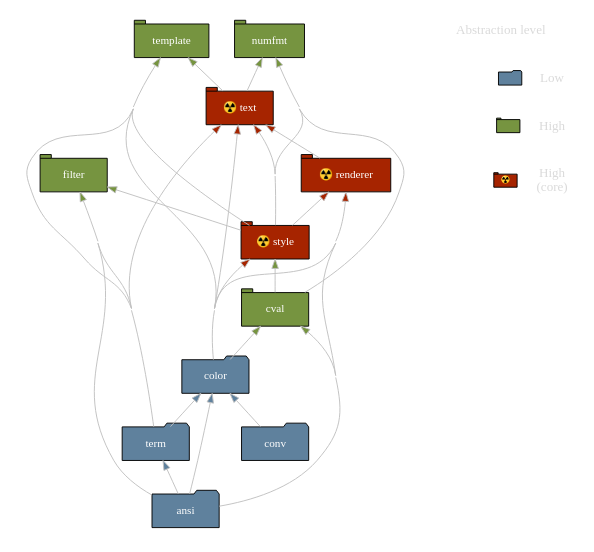
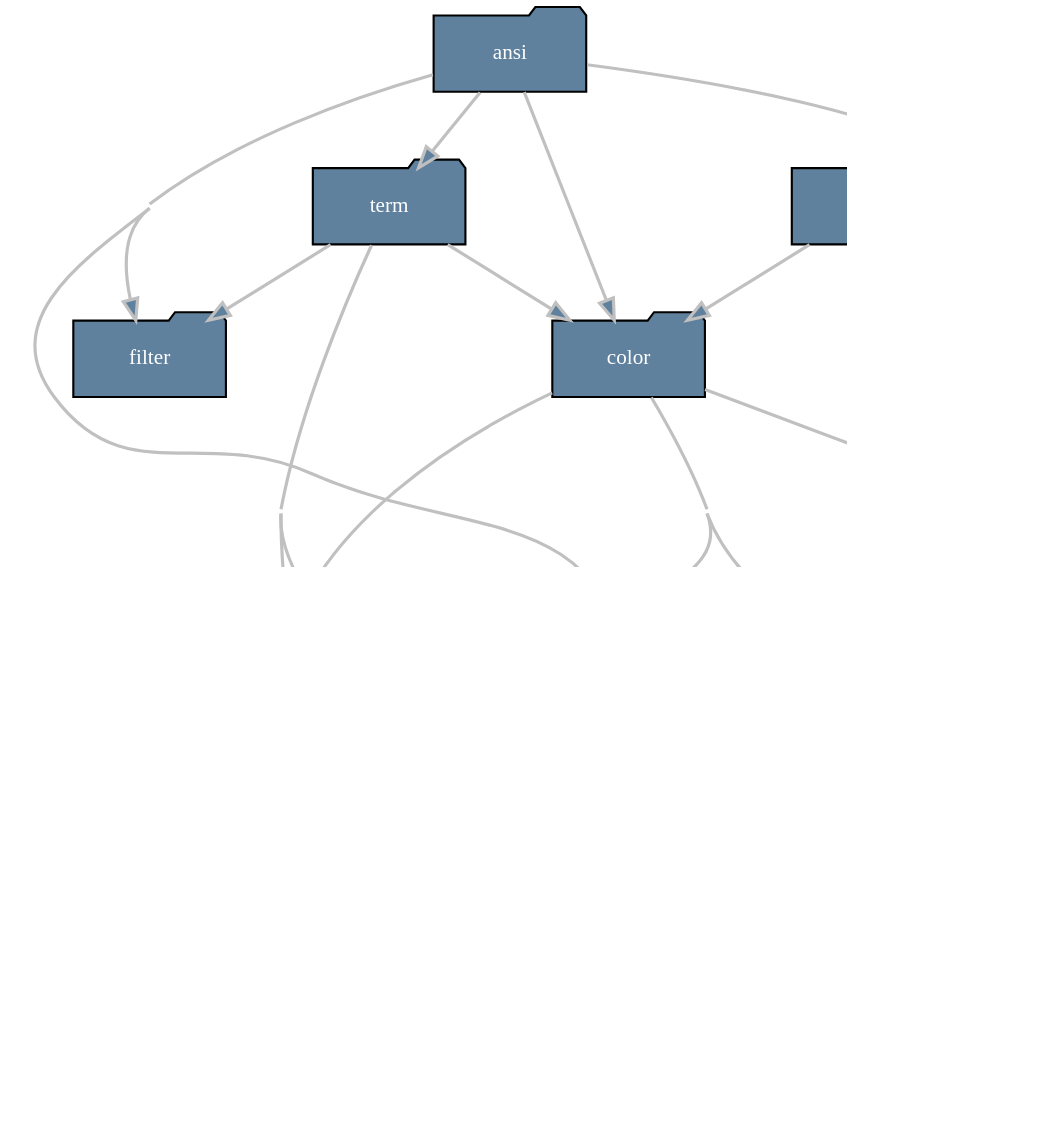
Before and after one commit to delameter/pytermor: the diagram in docs/_generated/module-dark.dot, drawn with Graphviz. The commit also changed 68 other files, not shown here.

```diff
--- a/docs/_generated/module-dark.dot
+++ b/docs/_generated/module-dark.dot
@@ -1,74 +1,62 @@
 # placeholders:
 #   %s (nodes and edges)
+#   4
 #   #C0C0C0
 #   #dadada
 
 digraph G {
-    pad = 0.25;
+    dpi = 150;
     concentrate = true;
-    ranksep = .5;
-    pack = 1;
-    rankdir = BT;
+    rankdir = TB;
+    #TBbalance = min;
+    ratio=fill;
+    size="4";
 
-    node [style="filled",fontname="ProFont for Powerline",margin="0.2,0.0",fontsize=12,shape=folder,width=1.0,height=.5];
-    edge [color="#C0C0C0"];
+    node [
+        style="filled",
+        fontname="Literal Bold",
+        margin="0.2,0.0",
+        fontsize=10,
+        width=1.0,
+        height=.5,
+    ];
+    edge [
+        color="#C0C0C0",
+        penwidth=1.5,
+    ];
 
-    subgraph legend {
-        node [fontsize=14,fontcolor="#dadada"];
-        edge [style="invis"];
-
-        legend_title [shape=plain,fillcolor="none",label="Abstraction level"];
-
-        legend_low [shape=plain,fillcolor="none",label="Low"];
-        legend_high [shape=plain,fillcolor="none",label="High"];
-        legend_core [label="High\n(core)",shape=plain,fillcolor=none];
-        icon_low [shape=folder,label="",fillcolor="#5f819d",width=.35,height=.2]
-        icon_high [shape=tab,label="",fillcolor="#769440",width=.35,height=.2];
-        icon_core [shape=tab,label="☢️",fillcolor="#a62400",width=.35,height=.2,fixedsize=1,fontsize=8];
-
-        legend_low -> legend_title [constraint=1,minlen=1,headport=e];
-        legend_high -> legend_low  [constraint=1,minlen=1];
-        legend_core -> legend_high [constraint=1,minlen=1];
-        icon_low -> legend_low [constraint=true,minlen=0];
-        icon_high -> legend_high [constraint=true,minlen=0];
-        icon_core -> legend_core [constraint=true,minlen=0];
-
-    }
-
-    pytermor_ansi [group="low",fillcolor="#5f819d",fontcolor="#ffffff",label="ansi"];
-    pytermor_color [group="low",fillcolor="#5f819d",fontcolor="#ffffff",label="color"];
-    pytermor_conv [group="low",fillcolor="#5f819d",fontcolor="#ffffff",label="conv"];
-    pytermor_cval [shape="tab",group="",fillcolor="#769440",fontcolor="#ffffff",label="cval"];
-    pytermor_filter [shape="tab",group="",fillcolor="#769440",fontcolor="#ffffff",label="filter"];
-    pytermor_numfmt [shape="tab",group="",fillcolor="#769440",fontcolor="#ffffff",label="numfmt"];
-    pytermor_renderer [shape="tab",group="",fillcolor="#a62400",fontcolor="#ffffff",label="☢️ renderer"];
-    pytermor_style [shape="tab",group="",fillcolor="#a62400",fontcolor="#ffffff",label="☢️ style"];
-    pytermor_template [shape="tab",group="",fillcolor="#769440",fontcolor="#ffffff",label="template"];
-    pytermor_term [group="low",fillcolor="#5f819d",fontcolor="#ffffff",label="term"];
-    pytermor_text [shape="tab",group="",fillcolor="#a62400",fontcolor="#ffffff",label="☢️ text"];
+    pytermor_ansi [shape="folder",group="low",fillcolor="#5f819d",fontcolor="#ffffff",label="ansi"];
+    pytermor_color [shape="folder",group="low",fillcolor="#5f819d",fontcolor="#ffffff",label="color"];
+    pytermor_conv [shape="folder",group="low",fillcolor="#5f819d",fontcolor="#ffffff",label="conv"];
+    pytermor_cval [shape="tab",fillcolor="#769440",fontcolor="#ffffff",label="cval"];
+    pytermor_filter [shape="folder",group="low",fillcolor="#5f819d",fontcolor="#ffffff",label="filter"];
+    pytermor_numfmt [shape="tab",fillcolor="#769440",fontcolor="#ffffff",label="numfmt"];
+    pytermor_renderer [shape="tab",fillcolor="#769440",fontcolor="#ffffff",label="☢️ renderer"];
+    pytermor_style [shape="tab",fillcolor="#769440",fontcolor="#ffffff",label="☢️ style"];
+    pytermor_template [shape="tab",fillcolor="#769440",fontcolor="#ffffff",label="template"];
+    pytermor_term [shape="folder",group="low",fillcolor="#5f819d",fontcolor="#ffffff",label="term"];
+    pytermor_text [shape="tab",fillcolor="#769440",fontcolor="#ffffff",label="☢️ text"];
     pytermor_ansi -> pytermor_color [fillcolor="#5f819d"];
-    pytermor_ansi -> pytermor_cval [shape="tab",group="",fillcolor="#769440"];
-    pytermor_ansi -> pytermor_filter [shape="tab",group="",fillcolor="#769440"];
-    pytermor_ansi -> pytermor_renderer [shape="tab",group="",fillcolor="#a62400"];
+    pytermor_ansi -> pytermor_cval [fillcolor="#5f819d"];
+    pytermor_ansi -> pytermor_filter [fillcolor="#5f819d"];
+    pytermor_ansi -> pytermor_renderer [fillcolor="#5f819d"];
     pytermor_ansi -> pytermor_term [fillcolor="#5f819d"];
-    pytermor_color -> pytermor_cval [shape="tab",group="",fillcolor="#769440"];
-    pytermor_color -> pytermor_renderer [shape="tab",group="",fillcolor="#a62400"];
-    pytermor_color -> pytermor_style [shape="tab",group="",fillcolor="#a62400"];
-    pytermor_color -> pytermor_template [shape="tab",group="",fillcolor="#769440"];
-    pytermor_color -> pytermor_text [shape="tab",group="",fillcolor="#a62400"];
+    pytermor_color -> pytermor_cval [fillcolor="#5f819d"];
+    pytermor_color -> pytermor_renderer [fillcolor="#5f819d"];
+    pytermor_color -> pytermor_style [fillcolor="#5f819d"];
+    pytermor_color -> pytermor_template [fillcolor="#5f819d"];
     pytermor_conv -> pytermor_color [fillcolor="#5f819d"];
-    pytermor_cval -> pytermor_numfmt [shape="tab",group="",fillcolor="#769440"];
-    pytermor_cval -> pytermor_style [shape="tab",group="",shape="tab",group="",fillcolor="#769440"];
-    pytermor_renderer -> pytermor_text [shape="tab",group="",fillcolor="#a62400"];
-    pytermor_style -> pytermor_filter [shape="tab",group="",shape="tab",group="",fillcolor="#769440"];
-    pytermor_style -> pytermor_numfmt [shape="tab",group="",shape="tab",group="",fillcolor="#769440"];
-    pytermor_style -> pytermor_renderer [shape="tab",group="",fillcolor="#a62400"];
-    pytermor_style -> pytermor_template [shape="tab",group="",shape="tab",group="",fillcolor="#769440"];
-    pytermor_style -> pytermor_text [shape="tab",group="",fillcolor="#a62400"];
+    pytermor_cval -> pytermor_numfmt [fillcolor="#769440"];
+    pytermor_cval -> pytermor_style [fillcolor="#769440"];
+    pytermor_renderer -> pytermor_text [fillcolor="#769440"];
+    pytermor_style -> pytermor_numfmt [fillcolor="#769440"];
+    pytermor_style -> pytermor_renderer [fillcolor="#769440"];
+    pytermor_style -> pytermor_template [fillcolor="#769440"];
+    pytermor_style -> pytermor_text [fillcolor="#769440"];
     pytermor_term -> pytermor_color [fillcolor="#5f819d"];
-    pytermor_term -> pytermor_filter [shape="tab",group="",fillcolor="#769440"];
-    pytermor_term -> pytermor_template [shape="tab",group="",fillcolor="#769440"];
-    pytermor_term -> pytermor_text [shape="tab",group="",fillcolor="#a62400"];
-    pytermor_text -> pytermor_numfmt [shape="tab",group="",shape="tab",group="",fillcolor="#769440"];
-    pytermor_text -> pytermor_template [shape="tab",group="",shape="tab",group="",fillcolor="#769440"];
+    pytermor_term -> pytermor_filter [fillcolor="#5f819d"];
+    pytermor_term -> pytermor_template [fillcolor="#5f819d"];
+    pytermor_term -> pytermor_text [fillcolor="#5f819d"];
+    pytermor_text -> pytermor_numfmt [fillcolor="#769440"];
+    pytermor_text -> pytermor_template [fillcolor="#769440"];
 }
```
